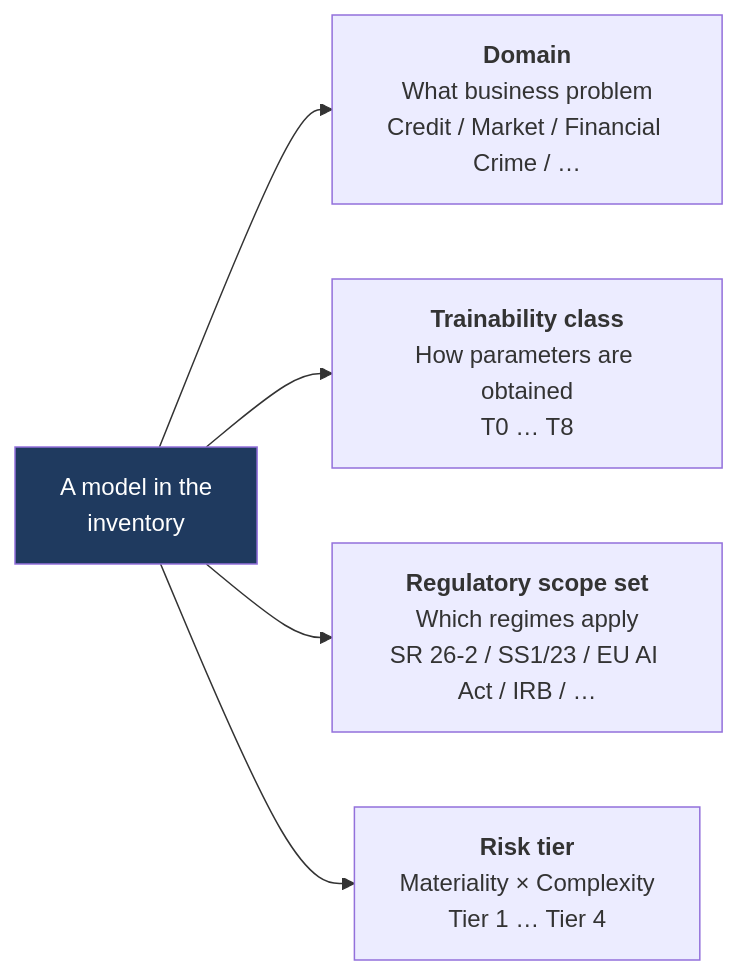
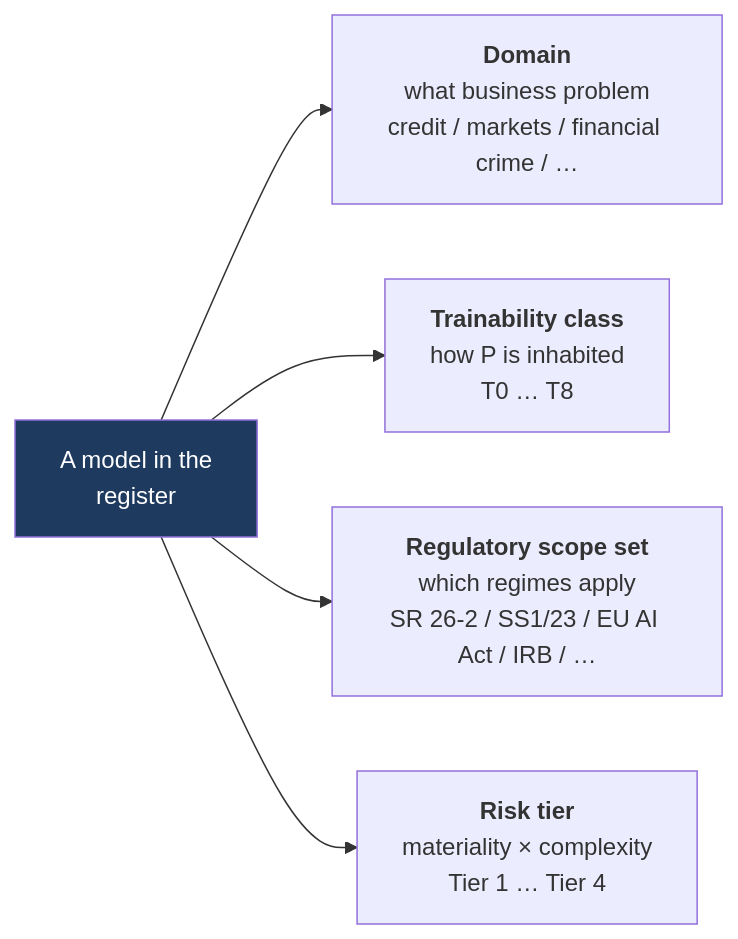
The first of 2 diagrams in docs/02-model-taxonomy.md (ajsinha/maya), drawn with Mermaid before and after one commit. The commit also changed other lines of this file and 37 other files, not shown here.

````diff
--- a/docs/02-model-taxonomy.md
+++ b/docs/02-model-taxonomy.md
@@ -19,8 +23,8 @@
 ```mermaid
 flowchart LR
-    M["A model in the<br/>inventory"] --> D["<b>Domain</b><br/>What business problem<br/>Credit / Market / Financial Crime / …"]
-    M --> T["<b>Trainability class</b><br/>How parameters are obtained<br/>T0 … T8"]
-    M --> R["<b>Regulatory scope set</b><br/>Which regimes apply<br/>SR 26-2 / SS1/23 / EU AI Act / IRB / …"]
-    M --> X["<b>Risk tier</b><br/>Materiality × Complexity<br/>Tier 1 … Tier 4"]
+    M["A model in the<br/>register"] --> D["<b>Domain</b><br/>what business problem<br/>credit / markets / financial crime / …"]
+    M --> T["<b>Trainability class</b><br/>how P is inhabited<br/>T0 … T8"]
+    M --> R["<b>Regulatory scope set</b><br/>which regimes apply<br/>SR 26-2 / SS1/23 / EU AI Act / IRB / …"]
+    M --> X["<b>Risk tier</b><br/>materiality × complexity<br/>Tier 1 … Tier 4"]
     style M fill:#1f3a5f,color:#fff
 ```
````
